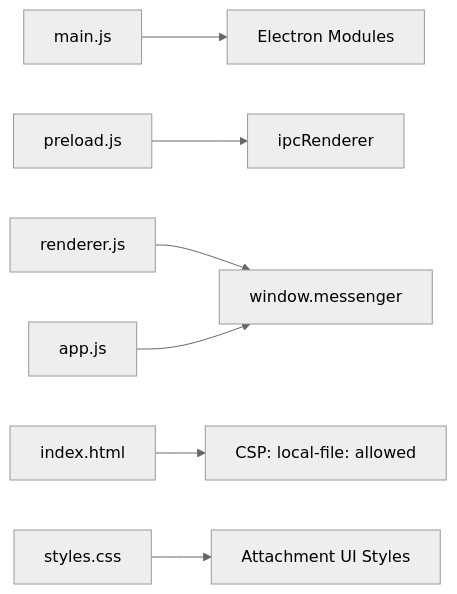
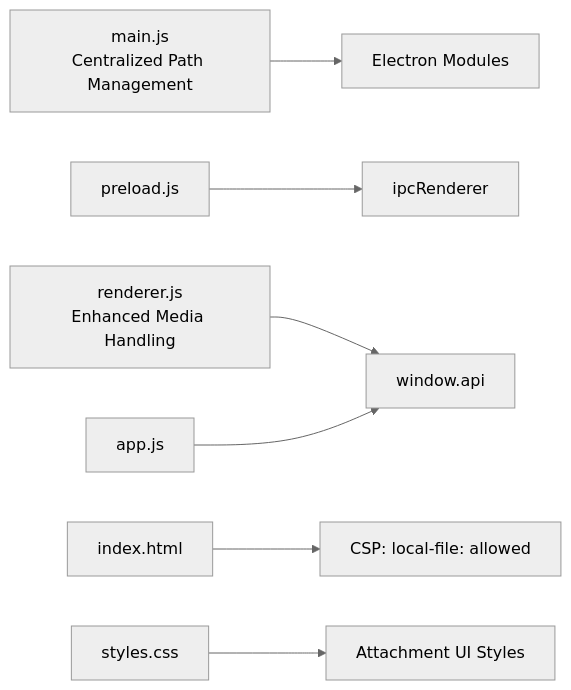
The fourth of 4 diagrams in .qoder/repowiki/en/content/File Management System.md (Annguyen0410/Personal-Messenger-Like-Storage-), drawn with Mermaid (neutral theme) before and after one commit. The commit also changed other lines of this file and 19 other files, not shown here.

````diff
--- a/.qoder/repowiki/en/content/File Management System.md
+++ b/.qoder/repowiki/en/content/File Management System.md
@@ -304,9 +387,9 @@
 ```mermaid
 graph LR
-main_js["main.js"] --> electron_mods["Electron Modules"]
+main_js["main.js<br/>Centralized Path Management"] --> electron_mods["Electron Modules"]
 preload_js["preload.js"] --> ipc_renderer["ipcRenderer"]
-renderer_js["renderer.js"] --> messenger_api["window.messenger"]
-app_js["app.js"] --> messenger_api
+renderer_js["renderer.js<br/>Enhanced Media Handling"] --> api_bridge["window.api"]
+app_js["app.js"] --> api_bridge
 index_html["index.html"] --> csp["CSP: local-file: allowed"]
 styles_css["styles.css"] --> ui_styles["Attachment UI Styles"]
 ```
````
